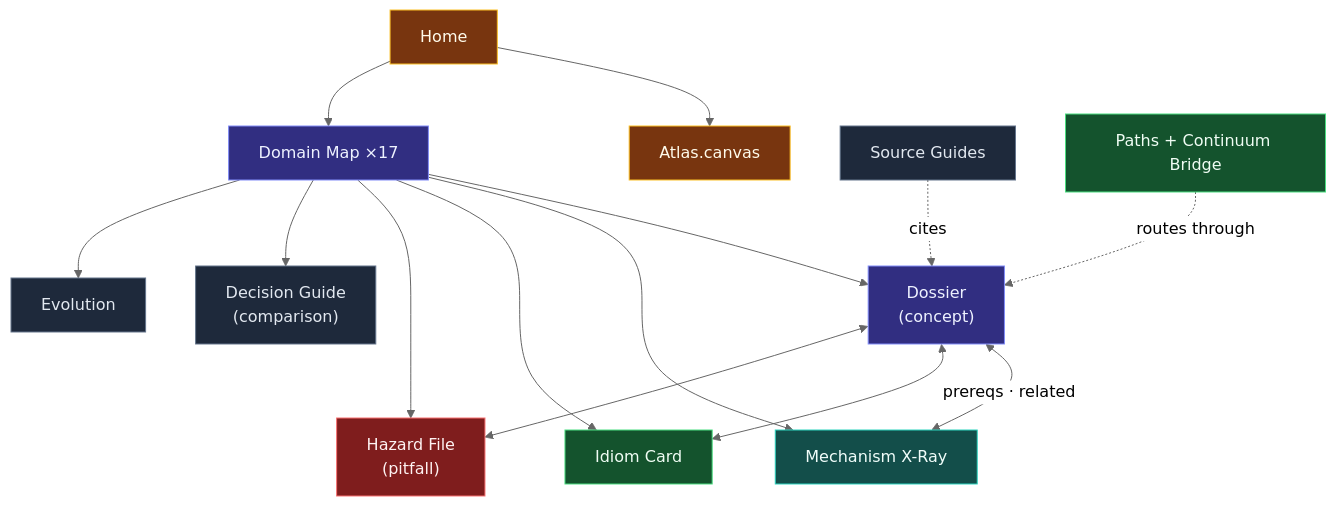
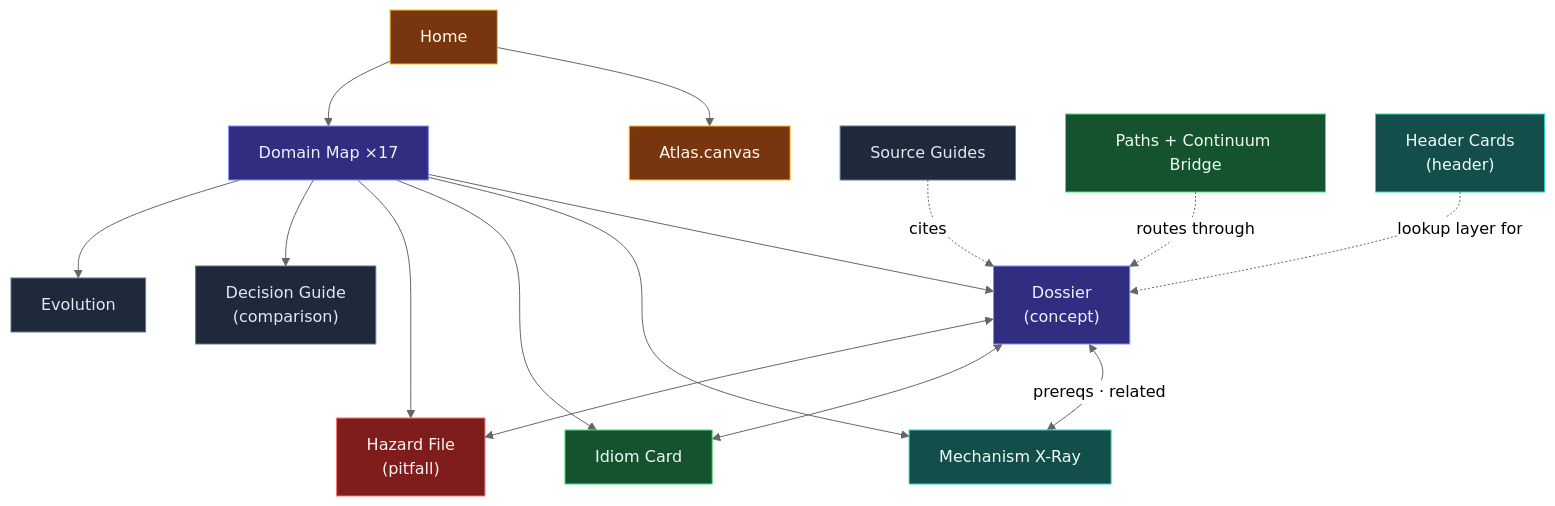
Before and after one commit to mattochoa/CPP_Compendium: the first of 2 diagrams in CPP Compendium/00 System/Framework.md, drawn with Mermaid (neutral theme). The commit also changed other lines of this file and 45 other files, not shown here.

````diff
--- a/CPP Compendium/00 System/Framework.md
+++ b/CPP Compendium/00 System/Framework.md
@@ -12,22 +12,23 @@
 ```mermaid
 flowchart TB
     H["Home"]:::focus --> AT["Atlas.canvas"]:::focus
     H --> M["Domain Map ×17"]:::concept
     M --> C["Dossier<br/>(concept)"]:::concept
     M --> X["Mechanism X-Ray"]:::mech
     M --> I["Idiom Card"]:::good
     M --> P["Hazard File<br/>(pitfall)"]:::danger
     M --> D["Decision Guide<br/>(comparison)"]:::muted
     M --> EV["Evolution"]:::muted
     C <-->|prereqs · related| X
     C <--> I
     C <--> P
     SG["Source Guides"]:::muted -.cites.-> C
     PA["Paths + Continuum Bridge"]:::good -.routes through.-> C
+    HC["Header Cards<br/>(header)"]:::mech -.lookup layer for.-> C
     classDef concept fill:#312e81,stroke:#818cf8,color:#eef2ff
     classDef mech fill:#134e4a,stroke:#2dd4bf,color:#f0fdfa
     classDef danger fill:#7f1d1d,stroke:#f87171,color:#fef2f2
     classDef good fill:#14532d,stroke:#4ade80,color:#f0fdf4
     classDef muted fill:#1e293b,stroke:#64748b,color:#e2e8f0
     classDef focus fill:#78350f,stroke:#fbbf24,color:#fffbeb
 ```
````
